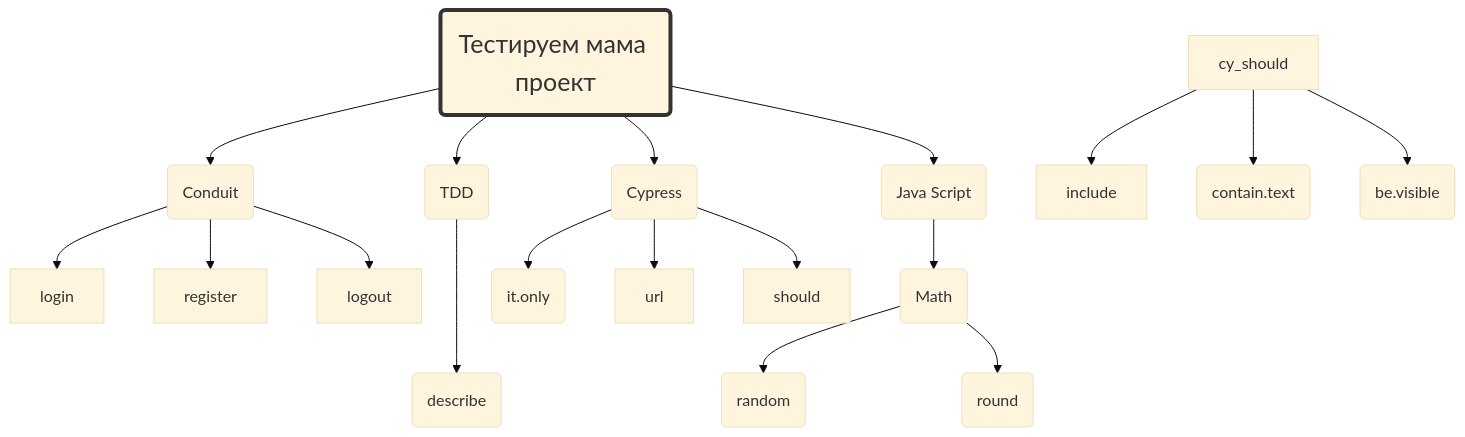
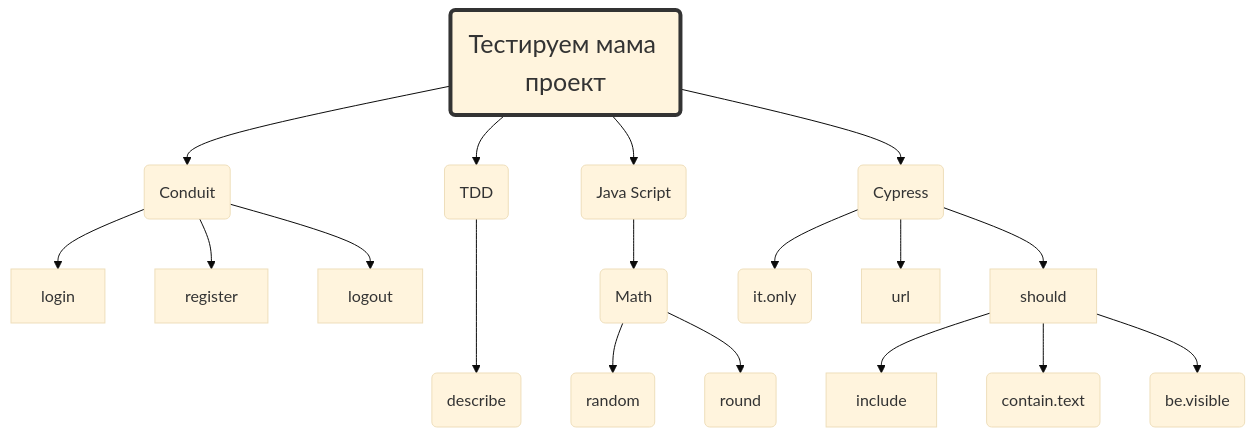
Before and after one commit to open-tutorials/cypress: the third of 6 diagrams in README.md, drawn with Mermaid (base theme).

Commit message:
Fix syllabus should

````diff
--- a/README.md
+++ b/README.md
@@ -136,28 +136,28 @@
 ```mermaid
 flowchart TB
 test_mama_project(<span style='font-size:25px'>Тестируем мама проект</span>)
 test_mama_project --> conduit(Conduit)
 
 conduit --> login
 conduit --> register
 conduit --> logout
 
 test_mama_project --> tdd(TDD)
 tdd ---> tdd_describe(describe)
 test_mama_project --> java_script("Java Script")
 
 java_script --> js_math(Math)
 js_math --> js_random(random)
 js_math --> js_round(round)
 
 test_mama_project --> cypress(Cypress)
 cypress --> it_only(it.only)
 cypress --> url
 cypress --> should
-cy_should --> include
-cy_should --> contain_text(contain.text)
-cy_should --> be_visible(be.visible)
+should --> include
+should --> contain_text(contain.text)
+should --> be_visible(be.visible)
 
 style test_mama_project stroke:#333,stroke-width:4px
 click test_mama_project "https://md.epic1h.com/test_mama_project" _blank
 ```
````
